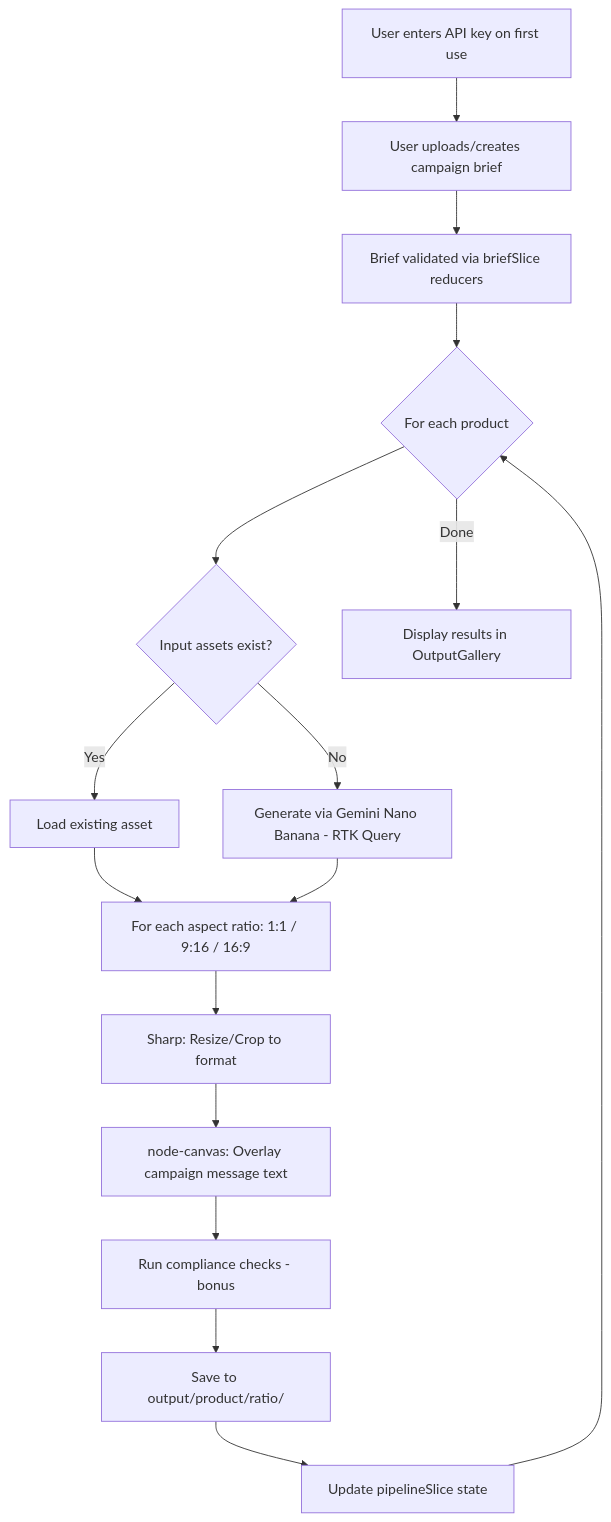
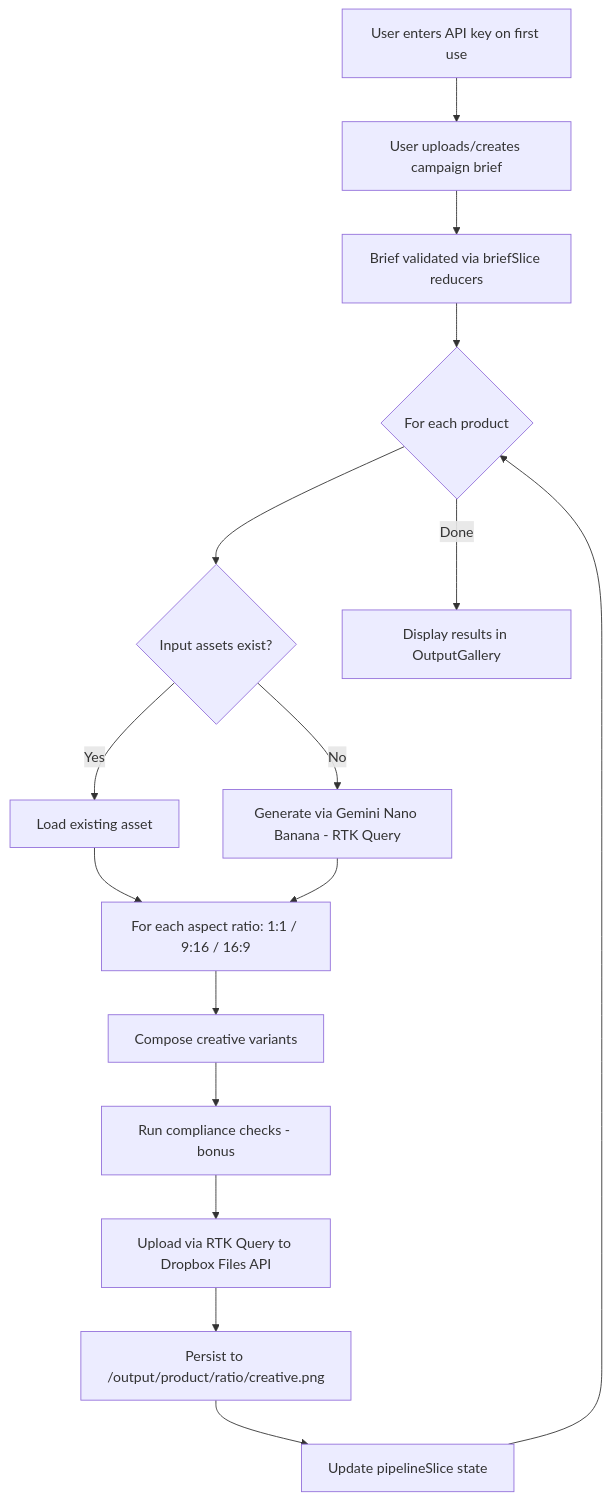
The diagram in PLAN.MD (seandinwiddie/ad-campaigns-automation), drawn with Mermaid before and after one commit. The commit also changed other lines of this file and 127 other files, not shown here.

First line of the commit message:
feat: MVP for scaling campaign creatives with strict Redux-only architecture

````diff
--- a/PLAN.MD
+++ b/PLAN.MD
@@ -305,18 +386,18 @@
 ```mermaid
 flowchart TD
     A[User enters API key on first use] --> B[User uploads/creates campaign brief]
     B --> C[Brief validated via briefSlice reducers]
     C --> D{For each product}
     D --> E{Input assets exist?}
     E -- Yes --> F[Load existing asset]
     E -- No --> G[Generate via Gemini Nano Banana - RTK Query]
     F --> H[For each aspect ratio: 1:1 / 9:16 / 16:9]
     G --> H
-    H --> I[Sharp: Resize/Crop to format]
-    I --> J[node-canvas: Overlay campaign message text]
-    J --> K[Run compliance checks - bonus]
-    K --> L[Save to output/product/ratio/]
+    H --> I[Compose creative variants]
+    I --> J[Run compliance checks - bonus]
+    J --> K[Upload via RTK Query to Dropbox Files API]
+    K --> L[Persist to /output/product/ratio/creative.png]
     L --> M[Update pipelineSlice state]
     M --> D
     D -- Done --> N[Display results in OutputGallery]
 ```
````
